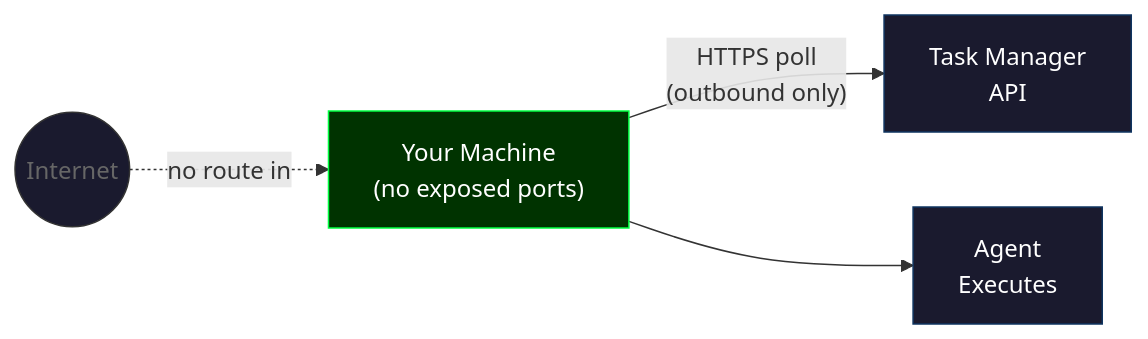
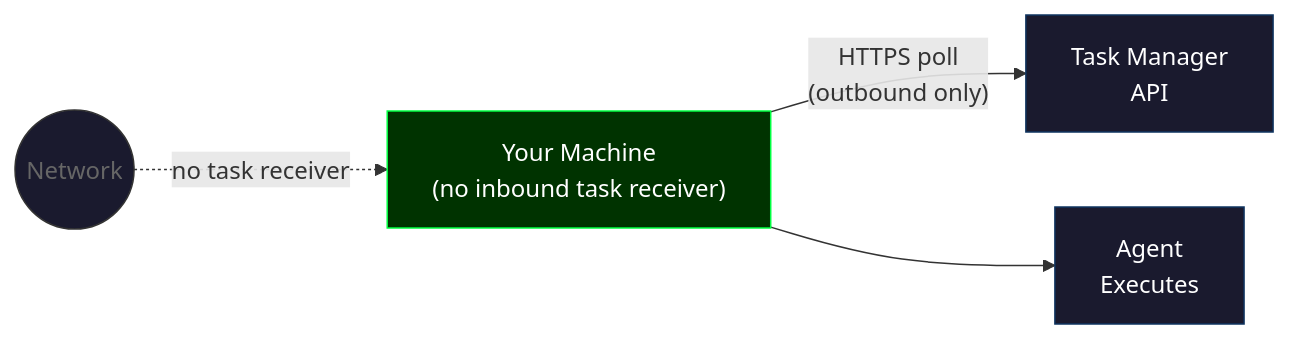
The fifth of 7 diagrams in tutorials/background-agents/LESSON.md (owainlewis/youtube-tutorials), drawn with Mermaid before and after one commit. The commit also changed other lines of this file and 9 other files, not shown here.

````diff
--- a/tutorials/background-agents/LESSON.md
+++ b/tutorials/background-agents/LESSON.md
@@ -159,11 +159,11 @@
 ```mermaid
 flowchart LR
-    machine["Your Machine\n(no exposed ports)"] -->|"HTTPS poll\n(outbound only)"| api["Task Manager\nAPI"]
+    machine["Your Machine\n(no inbound task receiver)"] -->|"HTTPS poll\n(outbound only)"| api["Task Manager\nAPI"]
     machine --> agent["Agent\nExecutes"]
-    internet(("Internet")) -.->|"no route in"| machine
+    internet(("Network")) -.->|"no task receiver"| machine
 
     style machine fill:#003300,stroke:#00ff41,color:#fff
     style api fill:#1a1a2e,stroke:#0f3460,color:#fff
     style agent fill:#1a1a2e,stroke:#0f3460,color:#fff
     style internet fill:#1a1a2e,stroke:#333,color:#666
 ```
````
